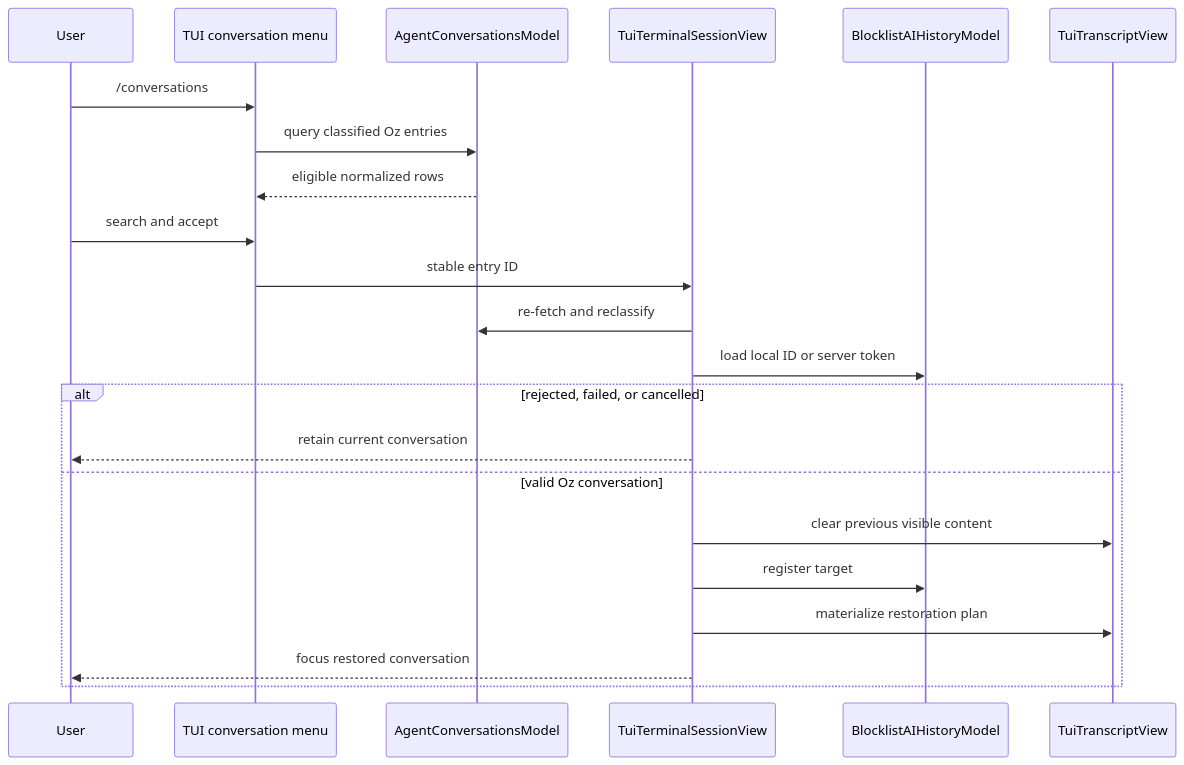
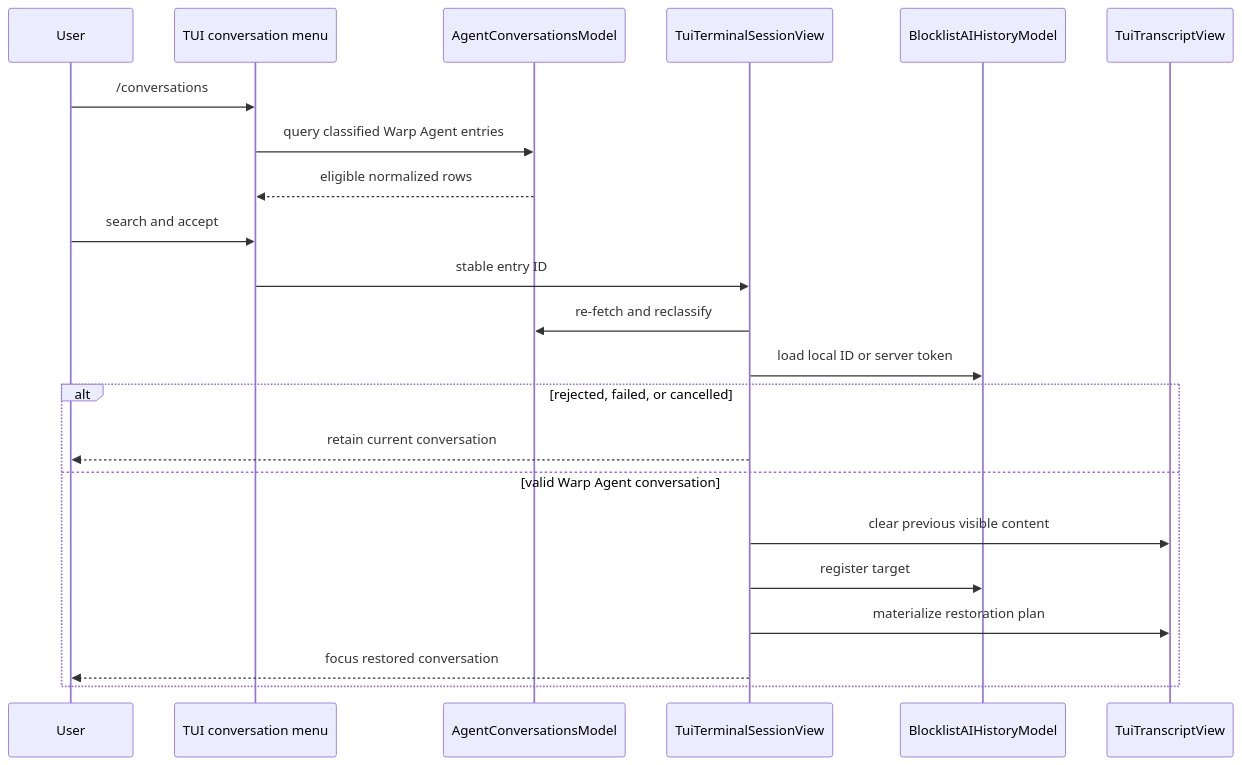
One commit to warpdotdev/warp changed the diagram in specs/CODE-1821/TECH.md. Above: the diagram before and after it, drawn with Mermaid. The commit also changed other lines of this file, not shown here.

Commit message:
update oz usage

````diff
--- a/specs/CODE-1821/TECH.md
+++ b/specs/CODE-1821/TECH.md
@@ -136,25 +136,25 @@
 ```mermaid
 sequenceDiagram
   participant User
   participant Menu as TUI conversation menu
   participant Model as AgentConversationsModel
   participant Session as TuiTerminalSessionView
   participant History as BlocklistAIHistoryModel
   participant Transcript as TuiTranscriptView
 
   User->>Menu: /conversations
-  Menu->>Model: query classified Oz entries
+  Menu->>Model: query classified Warp Agent entries
   Model-->>Menu: eligible normalized rows
   User->>Menu: search and accept
   Menu->>Session: stable entry ID
   Session->>Model: re-fetch and reclassify
   Session->>History: load local ID or server token
   alt rejected, failed, or cancelled
     Session-->>User: retain current conversation
-  else valid Oz conversation
+  else valid Warp Agent conversation
     Session->>Transcript: clear previous visible content
     Session->>History: register target
     Session->>Transcript: materialize restoration plan
     Session-->>User: focus restored conversation
   end
 ```
````
